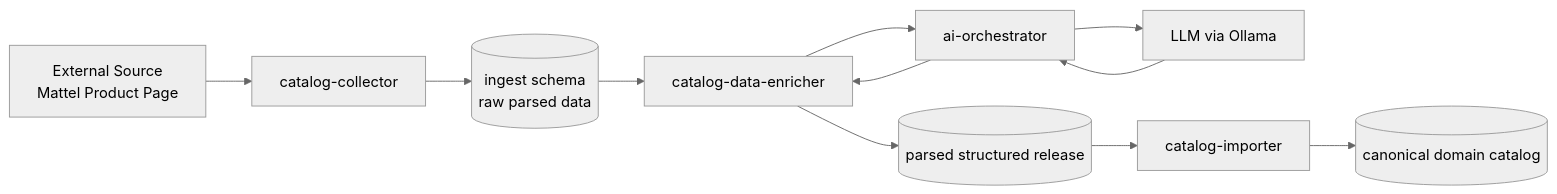
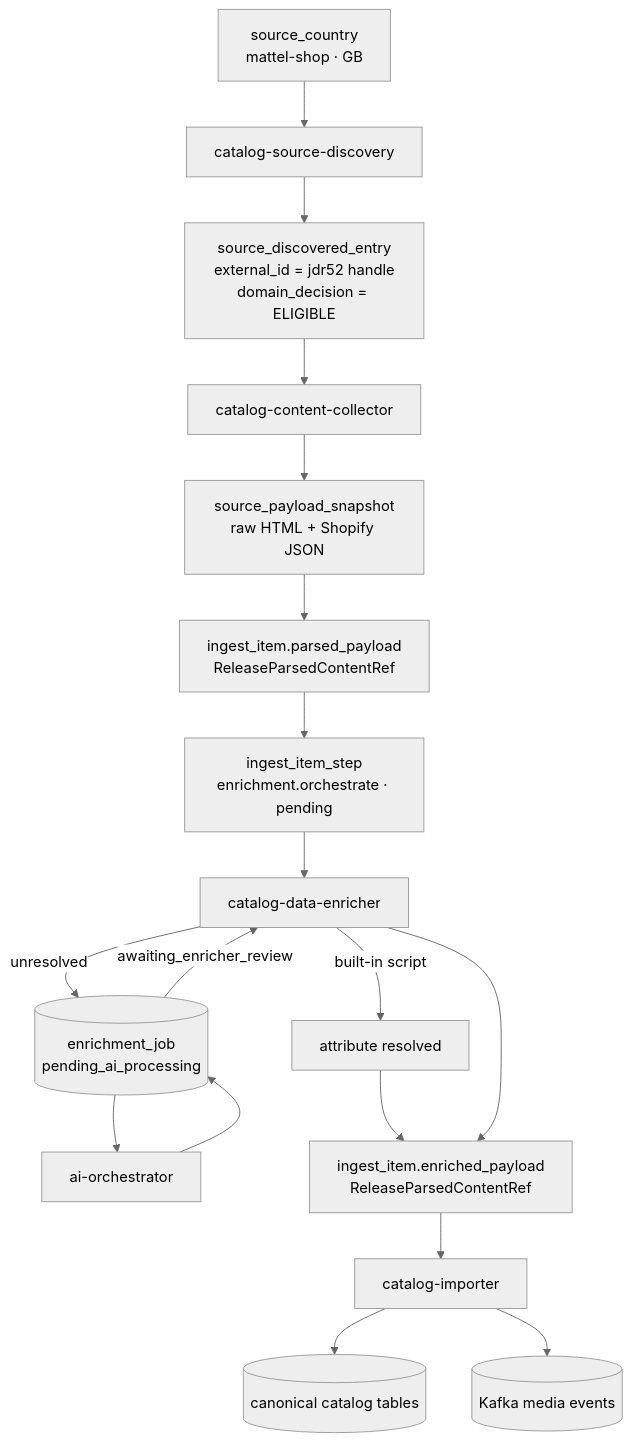
One commit to MafiaCoconut/Monstrino changed the first of 4 diagrams in monstrino-docs/docs/raw-to-catalog/02-raw-to-catalog.md. Above: the diagram before and after it, drawn with Mermaid (neutral theme). The commit also changed other lines of this file and 34 other files, not shown here.

````diff
--- a/monstrino-docs/docs/raw-to-catalog/02-raw-to-catalog.md
+++ b/monstrino-docs/docs/raw-to-catalog/02-raw-to-catalog.md
@@ -22,22 +25,24 @@
 ```mermaid
-flowchart LR
+flowchart TD
 
-A[External Source<br/>Mattel Product Page] --> B[catalog-collector]
+A[source_country<br/>mattel-shop · GB] --> B[catalog-source-discovery]
+B --> C[source_discovered_entry<br/>external_id = jdr52 handle<br/>domain_decision = ELIGIBLE]
 
-B --> C[(ingest schema<br/>raw parsed data)]
+C --> D[catalog-content-collector]
+D --> E[source_payload_snapshot<br/>raw HTML + Shopify JSON]
+E --> F[ingest_item.parsed_payload<br/>ReleaseParsedContentRef]
+F --> F1[ingest_item_step<br/>enrichment.orchestrate · pending]
 
-C --> D[catalog-data-enricher]
+F1 --> G[catalog-data-enricher]
+G -->|built-in script| G1[attribute resolved]
+G -->|unresolved| G2[(enrichment_job<br/>pending_ai_processing)]
+G2 --> H[ai-orchestrator]
+H --> G2
+G2 -->|awaiting_enricher_review| G
+G1 --> I[ingest_item.enriched_payload<br/>ReleaseParsedContentRef]
+G --> I
 
-D --> E[ai-orchestrator]
-
-E --> F[LLM via Ollama]
-
-F --> E
-E --> D
-
-D --> G[(parsed structured release)]
-
-G --> H[catalog-importer]
-
-H --> I[(canonical domain catalog)]
+I --> J[catalog-importer]
+J --> K[(canonical catalog tables)]
+J --> L[(Kafka media events)]
 ```
````
